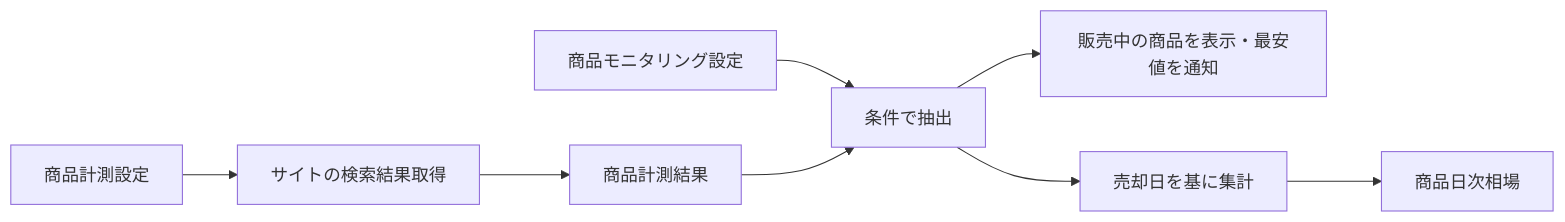
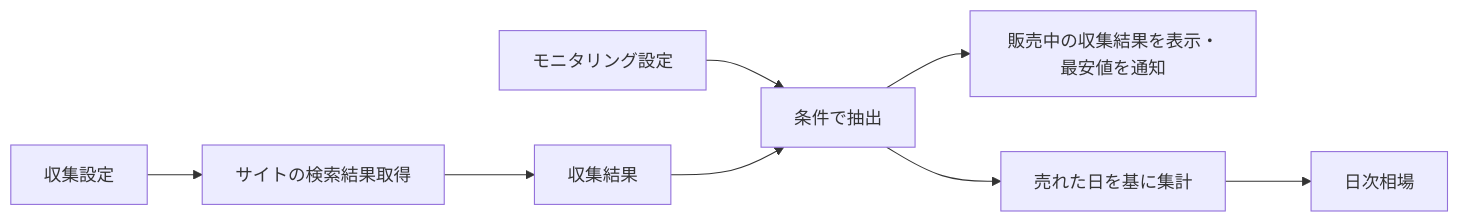
Before and after one commit to kuroweb/price-monitoring: the second of 3 diagrams in docs/features/product-monitoring/index.md, drawn with Mermaid. The commit also changed other lines of this file and 8 other files, not shown here.

````diff
--- a/docs/features/product-monitoring/index.md
+++ b/docs/features/product-monitoring/index.md
@@ -31,8 +33,8 @@
 ```mermaid
 flowchart LR
-    crawl["商品計測設定"] --> fetch["サイトの検索結果取得"] --> result["商品計測結果"]
-    watch["商品モニタリング設定"] --> filter["条件で抽出"]
+    crawl["収集設定"] --> fetch["サイトの検索結果取得"] --> result["収集結果"]
+    watch["モニタリング設定"] --> filter["条件で抽出"]
     result --> filter
-    filter --> display["販売中の商品を表示・最安値を通知"]
-    filter --> aggregate["売却日を基に集計"] --> daily["商品日次相場"]
+    filter --> display["販売中の収集結果を表示・最安値を通知"]
+    filter --> aggregate["売れた日を基に集計"] --> daily["日次相場"]
 ```
````
